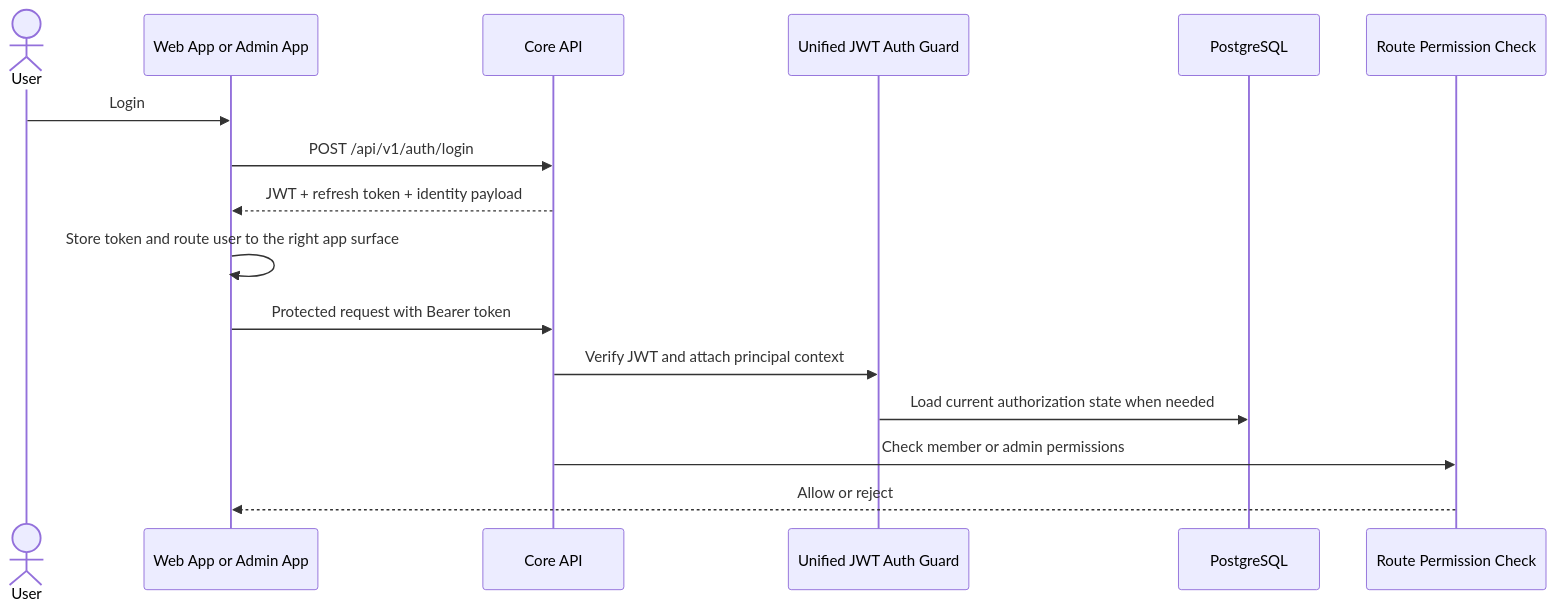
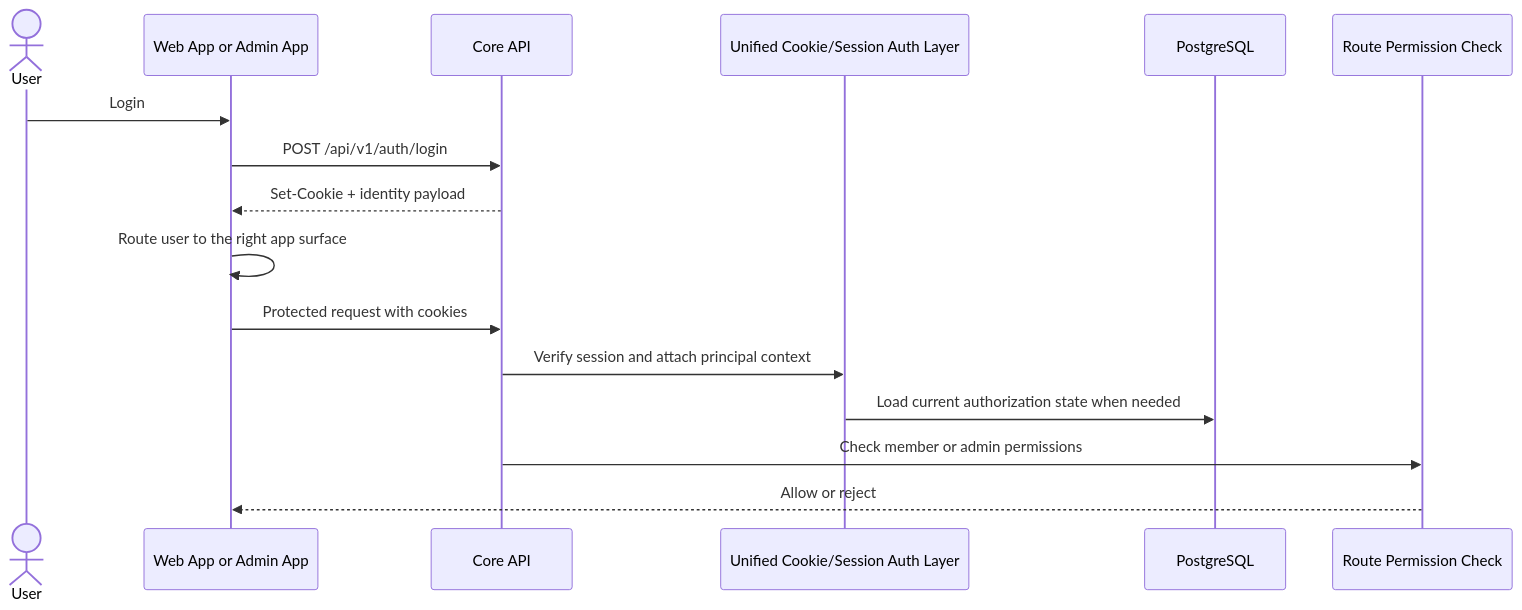
One commit to derek-dorazio/pool-master changed the sixth of 6 diagrams in docs/AUTHENTICATION-AUTHORIZATION.md. Above: the diagram before and after it, drawn with Mermaid. The commit also changed other lines of this file and 1 other file, not shown here.

Commit message:
Shift auth plan to cookie-backed sessions

````diff
--- a/docs/AUTHENTICATION-AUTHORIZATION.md
+++ b/docs/AUTHENTICATION-AUTHORIZATION.md
@@ -612,19 +632,19 @@
 ```mermaid
 sequenceDiagram
     actor User
     participant App as Web App or Admin App
     participant API as Core API
-    participant Guard as Unified JWT Auth Guard
+    participant Session as Unified Cookie/Session Auth Layer
     participant DB as PostgreSQL
     participant Route as Route Permission Check
 
     User->>App: Login
     App->>API: POST /api/v1/auth/login
-    API-->>App: JWT + refresh token + identity payload
-    App->>App: Store token and route user to the right app surface
-    App->>API: Protected request with Bearer token
-    API->>Guard: Verify JWT and attach principal context
-    Guard->>DB: Load current authorization state when needed
+    API-->>App: Set-Cookie + identity payload
+    App->>App: Route user to the right app surface
+    App->>API: Protected request with cookies
+    API->>Session: Verify session and attach principal context
+    Session->>DB: Load current authorization state when needed
     API->>Route: Check member or admin permissions
     Route-->>App: Allow or reject
 ```
````
